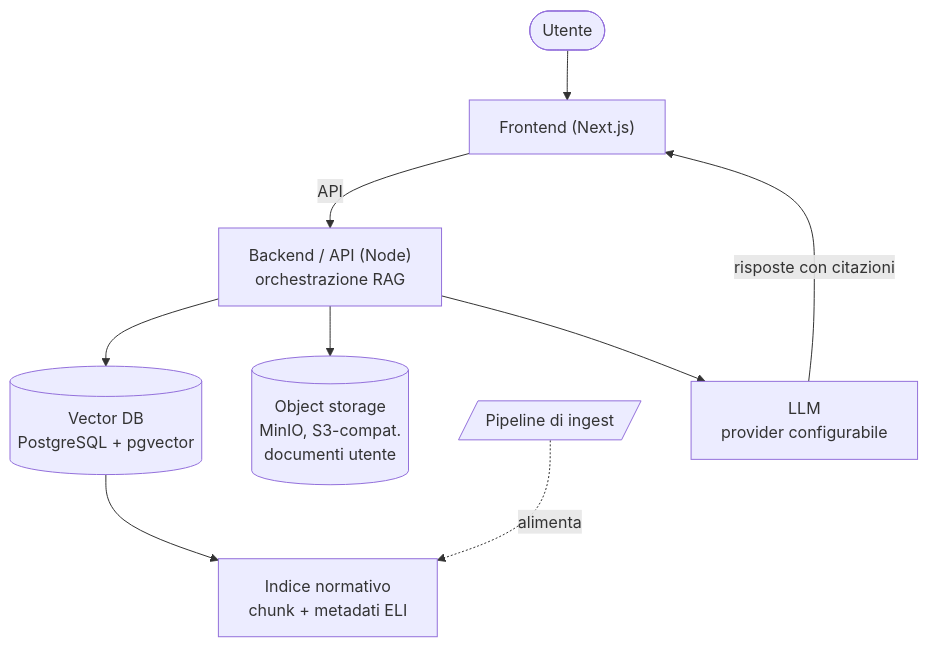
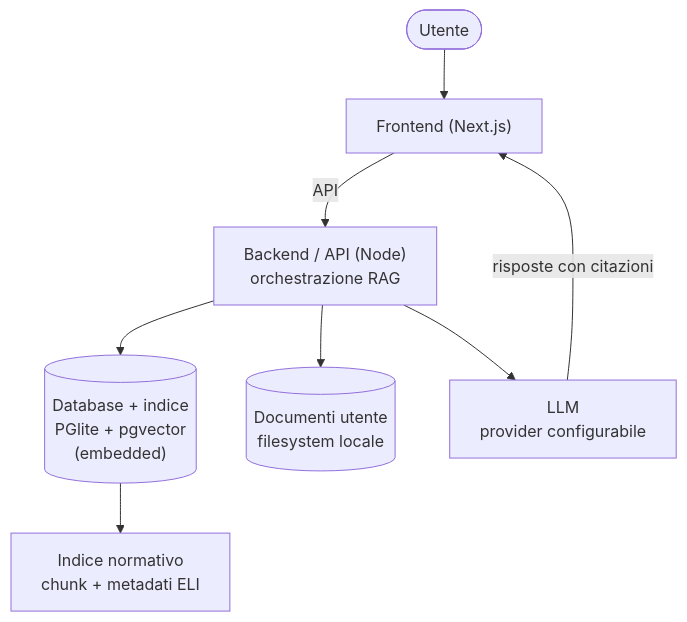
Before and after one commit to mikeminer/magistra: the diagram in knowledge/architettura/index.md, drawn with Mermaid. The commit also changed other lines of this file and 25 other files, not shown here.

````diff
--- a/knowledge/architettura/index.md
+++ b/knowledge/architettura/index.md
@@ -15,20 +15,18 @@
 ```mermaid
 flowchart TD
     Utente(["Utente"])
     FE["Frontend (Next.js)"]
     BE["Backend / API (Node)<br/>orchestrazione RAG"]
-    VDB[("Vector DB<br/>PostgreSQL + pgvector")]
-    OS[("Object storage<br/>MinIO, S3-compat.<br/>documenti utente")]
+    VDB[("Database + indice<br/>PGlite + pgvector<br/>(embedded)")]
+    OS[("Documenti utente<br/>filesystem locale")]
     IDX["Indice normativo<br/>chunk + metadati ELI"]
-    Pipe[/"Pipeline di ingest"/]
     LLM["LLM<br/>provider configurabile"]
 
     Utente --> FE
     FE -->|API| BE
     BE --> VDB
     BE --> OS
     VDB --> IDX
-    Pipe -. alimenta .-> IDX
     BE --> LLM
     LLM -->|risposte con citazioni| FE
 ```
````
